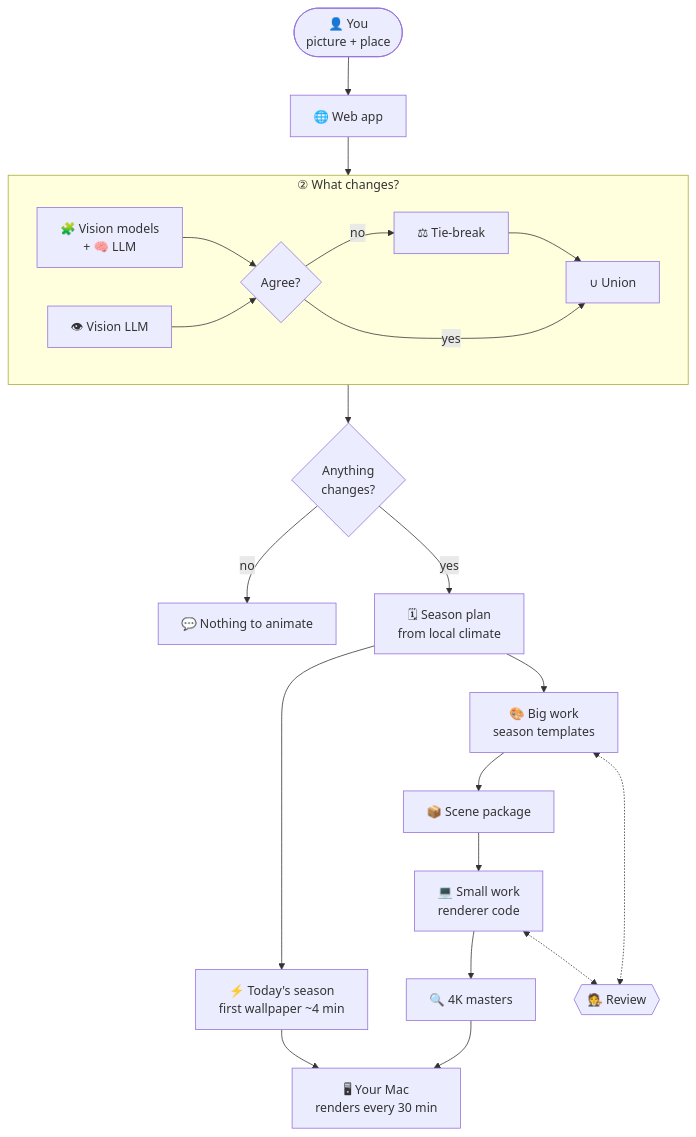
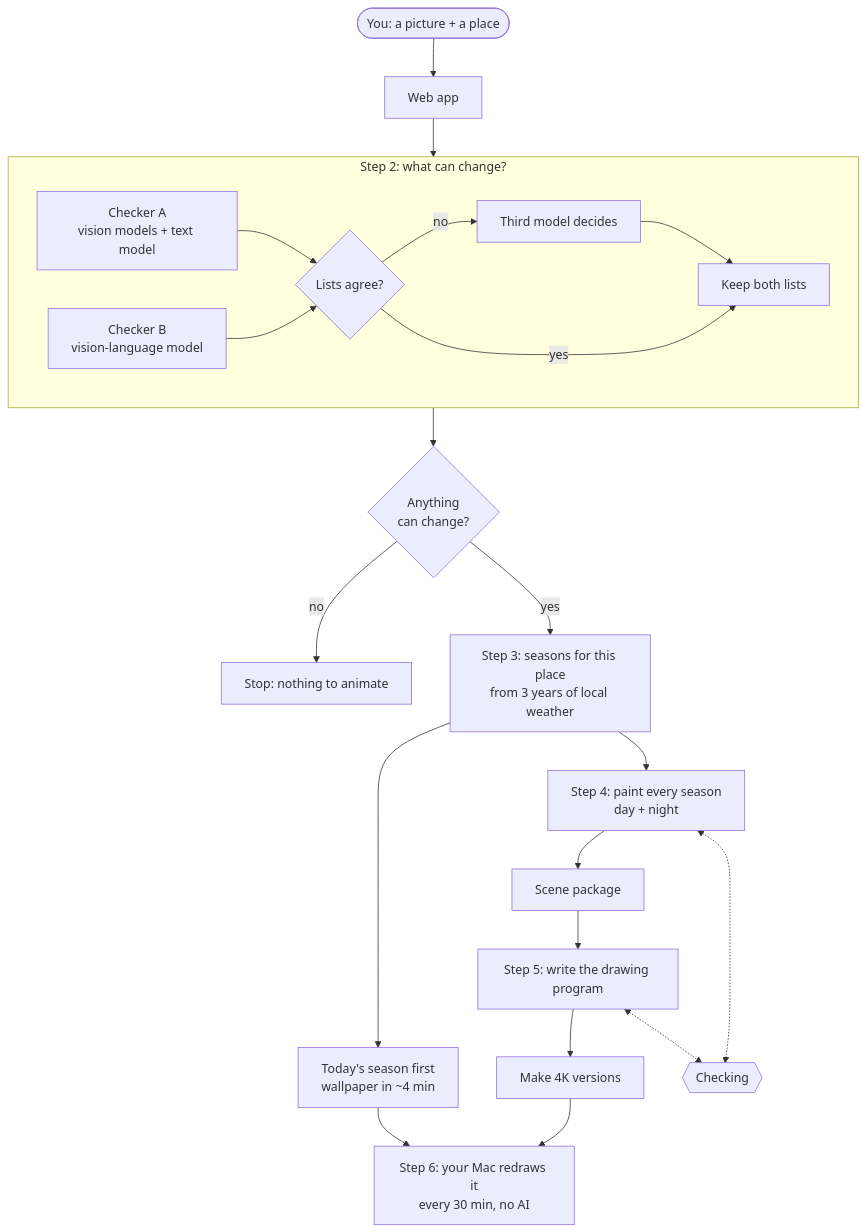
One commit to Preet0504/chicago-dynamic-wallpaper changed the first of 3 diagrams in README.md. Above: the diagram before and after it, drawn with Mermaid. The commit also changed other lines of this file and 16 other files, not shown here.

First line of the commit message:
Docs: clearer architecture diagram with real result images, no emojis

````diff
--- a/README.md
+++ b/README.md
@@ -23,28 +25,28 @@
 ```mermaid
 flowchart TD
-    U(["👤 You<br/>picture + place"]) --> W["🌐 Web app"]
+    U(["You: a picture + a place"]) --> W["Web app"]
     W --> P
 
-    subgraph P["② What changes?"]
+    subgraph P["Step 2: what can change?"]
         direction LR
-        A["🧩 Vision models<br/>+ 🧠 LLM"] --> AG{"Agree?"}
-        B["👁 Vision LLM"] --> AG
-        AG -- no --> TB["⚖ Tie-break"] --> UN["∪ Union"]
+        A["Checker A<br/>vision models + text model"] --> AG{"Lists agree?"}
+        B["Checker B<br/>vision-language model"] --> AG
+        AG -- no --> TB["Third model decides"] --> UN["Keep both lists"]
         AG -- yes --> UN
     end
 
-    UN --> CH{"Anything<br/>changes?"}
-    CH -- no --> MSG["💬 Nothing to animate"]
-    CH -- yes --> PL["🗓 Season plan<br/>from local climate"]
+    UN --> CH{"Anything<br/>can change?"}
+    CH -- no --> MSG["Stop: nothing to animate"]
+    CH -- yes --> PL["Step 3: seasons for this place<br/>from 3 years of local weather"]
 
-    PL --> FAST["⚡ Today's season<br/>first wallpaper ~4 min"]
-    PL --> BIG["🎨 Big work<br/>season templates"]
-    BIG --> PKG["📦 Scene package"]
-    PKG --> SMALL["💻 Small work<br/>renderer code"]
-    SMALL --> K["🔍 4K masters"]
-    K --> MAC["🖥 Your Mac<br/>renders every 30 min"]
+    PL --> FAST["Today's season first<br/>wallpaper in ~4 min"]
+    PL --> BIG["Step 4: paint every season<br/>day + night"]
+    BIG --> PKG["Scene package"]
+    PKG --> SMALL["Step 5: write the drawing program"]
+    SMALL --> K["Make 4K versions"]
+    K --> MAC["Step 6: your Mac redraws it<br/>every 30 min, no AI"]
     FAST --> MAC
 
-    BIG <-.-> R{{"🧑‍⚖️ Review"}}
+    BIG <-.-> R{{"Checking"}}
     SMALL <-.-> R
 ```
````
